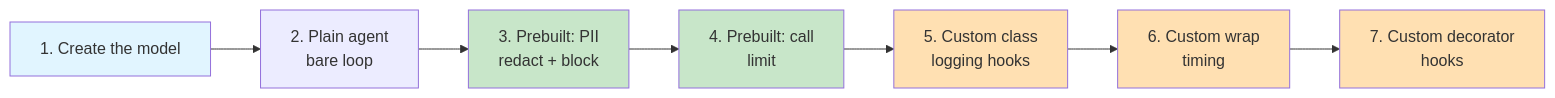
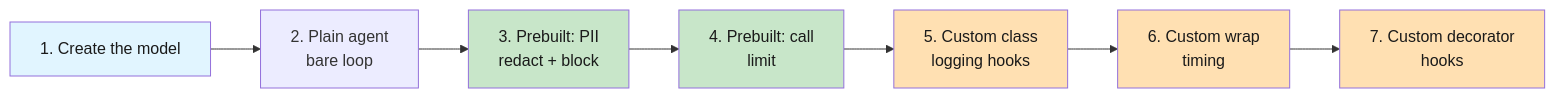
Before and after one commit to CogKnowEdge-Solutions/Orchestration: the first of 2 diagrams in Langchain-Labs/Lab5(Intermediate)/lab-agent-middleware.md, drawn with Mermaid. The commit also changed 8 other files, not shown here.

Commit message:
Labs: make mermaid text visible and mix diagram orientations

````diff
--- a/Langchain-Labs/Lab5(Intermediate)/lab-agent-middleware.md
+++ b/Langchain-Labs/Lab5(Intermediate)/lab-agent-middleware.md
@@ -49,17 +49,17 @@
 ```mermaid
 graph LR
     M["1. Create the model"]
     A["2. Plain agent<br/>bare loop"]
     P["3. Prebuilt: PII<br/>redact + block"]
     L["4. Prebuilt: call<br/>limit"]
     C["5. Custom class<br/>logging hooks"]
     T["6. Custom wrap<br/>timing"]
     D["7. Custom decorator<br/>hooks"]
     M --> A --> P --> L --> C --> T --> D
-    style M fill:#e1f5ff
-    style P fill:#c8e6c9
-    style L fill:#c8e6c9
-    style C fill:#ffe0b2
-    style T fill:#ffe0b2
-    style D fill:#ffe0b2
+    style M fill:#e1f5ff,color:#1a1a1a
+    style P fill:#c8e6c9,color:#1a1a1a
+    style L fill:#c8e6c9,color:#1a1a1a
+    style C fill:#ffe0b2,color:#1a1a1a
+    style T fill:#ffe0b2,color:#1a1a1a
+    style D fill:#ffe0b2,color:#1a1a1a
 ```
````
